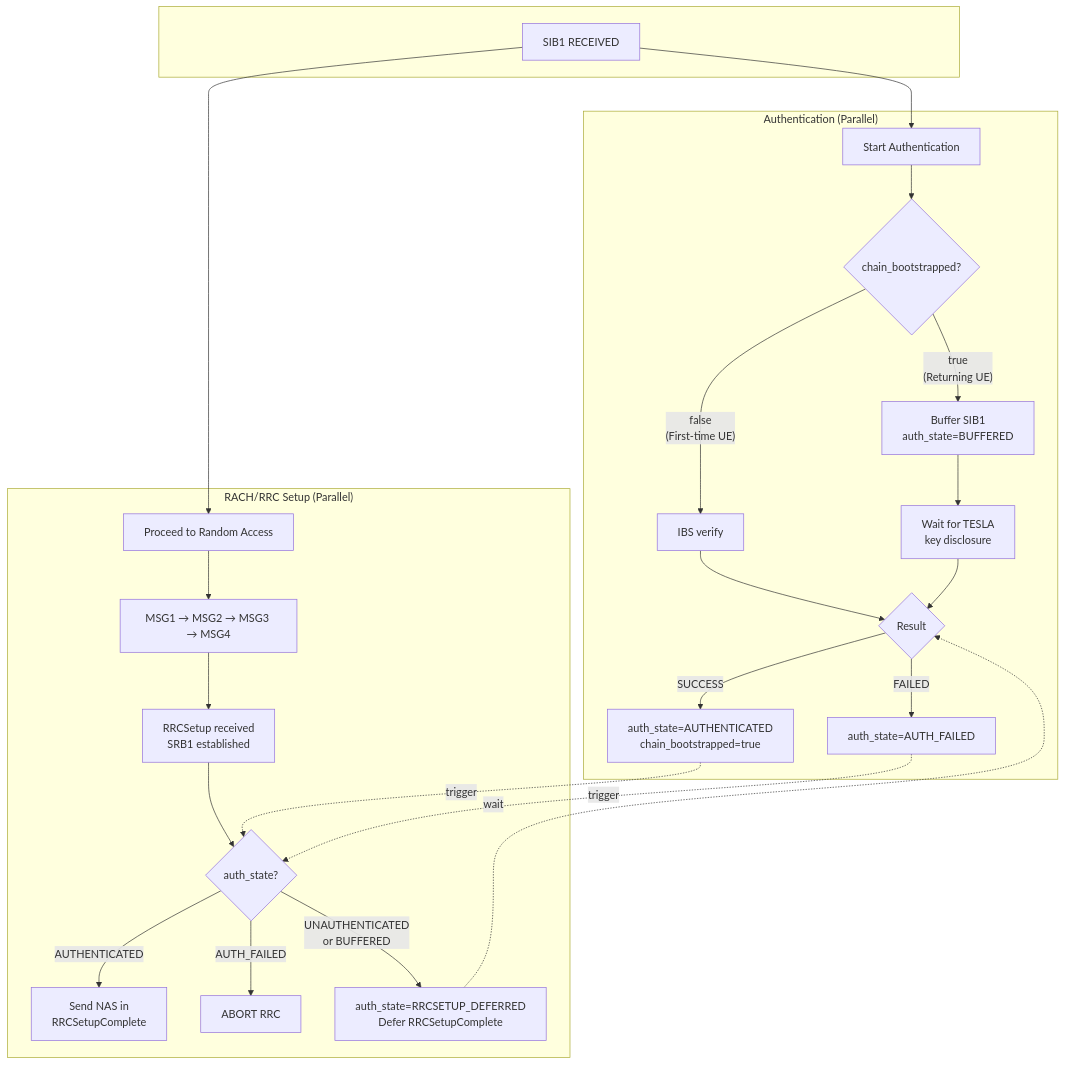
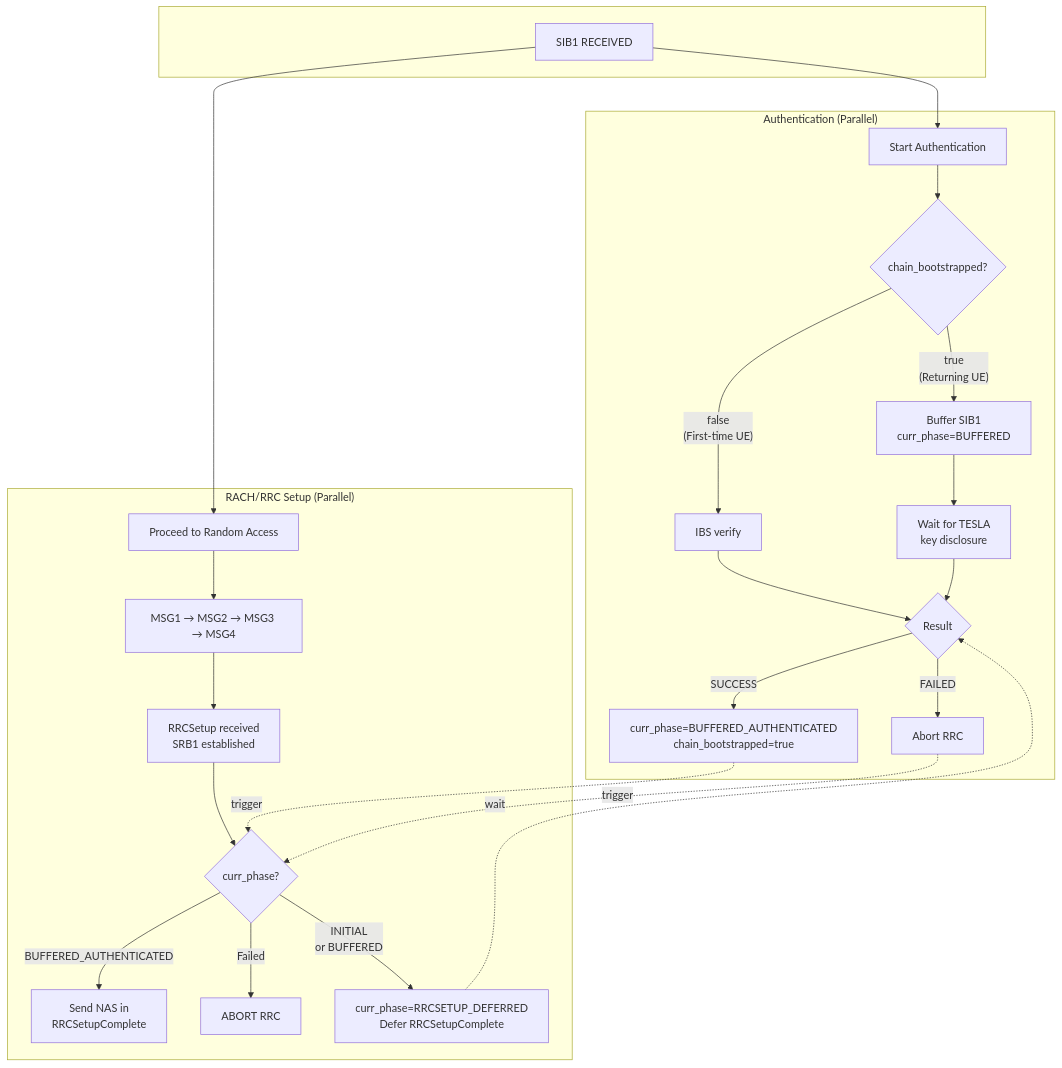
Before and after one commit to ssubinsong/oai-tf5: the diagram in doc-tf5/ue-implementation.md, drawn with Mermaid. The commit also changed other lines of this file and 5 other files, not shown here.

````diff
--- a/doc-tf5/ue-implementation.md
+++ b/doc-tf5/ue-implementation.md
@@ -85,36 +86,36 @@
 ```mermaid
 flowchart TB
     subgraph start[" "]
         SIB1["SIB1 RECEIVED"]
     end
 
     SIB1 --> AUTH
     SIB1 --> RACH
 
     subgraph left["Authentication (Parallel)"]
         AUTH["Start Authentication"]
         AUTH --> CHECK{"chain_bootstrapped?"}
         CHECK -->|"false<br/>(First-time UE)"| IBS["IBS verify"]
-        CHECK -->|"true<br/>(Returning UE)"| BUFFER["Buffer SIB1<br/>auth_state=BUFFERED"]
+        CHECK -->|"true<br/>(Returning UE)"| BUFFER["Buffer SIB1<br/>curr_phase=BUFFERED"]
         IBS --> RESULT
         BUFFER --> TESLA["Wait for TESLA<br/>key disclosure"]
         TESLA --> RESULT
         RESULT{"Result"}
-        RESULT -->|SUCCESS| SUCCESS["auth_state=AUTHENTICATED<br/>chain_bootstrapped=true"]
-        RESULT -->|FAILED| FAILED["auth_state=AUTH_FAILED"]
+        RESULT -->|SUCCESS| SUCCESS["curr_phase=BUFFERED_AUTHENTICATED<br/>chain_bootstrapped=true"]
+        RESULT -->|FAILED| FAILED["Abort RRC"]
     end
 
     subgraph right["RACH/RRC Setup (Parallel)"]
         RACH["Proceed to Random Access"]
         RACH --> MSGS["MSG1 → MSG2 → MSG3 → MSG4"]
         MSGS --> RRCSETUP["RRCSetup received<br/>SRB1 established"]
-        RRCSETUP --> GATE{"auth_state?"}
-        GATE -->|"AUTHENTICATED"| NAS["Send NAS in<br/>RRCSetupComplete"]
-        GATE -->|"AUTH_FAILED"| ABORT["ABORT RRC"]
-        GATE -->|"UNAUTHENTICATED<br/>or BUFFERED"| DEFER["auth_state=RRCSETUP_DEFERRED<br/>Defer RRCSetupComplete"]
+        RRCSETUP --> GATE{"curr_phase?"}
+        GATE -->|"BUFFERED_AUTHENTICATED"| NAS["Send NAS in<br/>RRCSetupComplete"]
+        GATE -->|"Failed"| ABORT["ABORT RRC"]
+        GATE -->|"INITIAL<br/>or BUFFERED"| DEFER["curr_phase=RRCSETUP_DEFERRED<br/>Defer RRCSetupComplete"]
     end
 
     SUCCESS -.->|"trigger"| GATE
     FAILED -.->|"trigger"| GATE
     DEFER -.->|"wait"| RESULT
 ```
````
